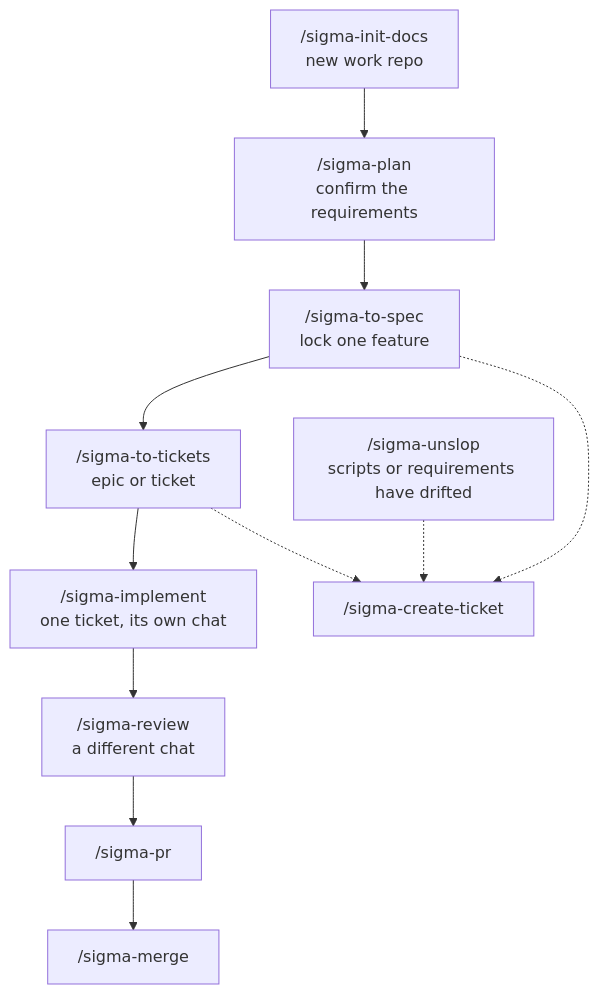
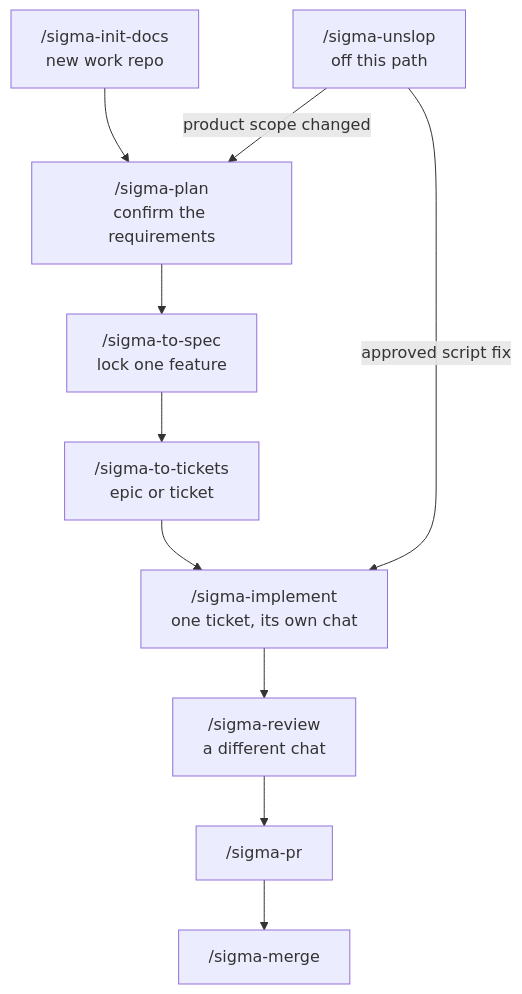
The diagram in README.md (sigma-michael/sigma-build-factory), drawn with Mermaid before and after one commit. The commit also changed other lines of this file, not shown here.

First line of the commit message:
Show create-ticket as a return to the command that called it.

````diff
--- a/README.md
+++ b/README.md
@@ -44,14 +42,13 @@
 ```mermaid
 flowchart TD
   init["/sigma-init-docs<br/>new work repo"] --> plan["/sigma-plan<br/>confirm the requirements"]
   plan --> spec["/sigma-to-spec<br/>lock one feature"]
   spec --> tickets["/sigma-to-tickets<br/>epic or ticket"]
   tickets --> impl["/sigma-implement<br/>one ticket, its own chat"]
   impl --> review["/sigma-review<br/>a different chat"]
   review --> pr["/sigma-pr"]
   pr --> merge["/sigma-merge"]
 
-  spec -.-> gate["/sigma-create-ticket"]
-  tickets -.-> gate
-  drift["/sigma-unslop<br/>scripts or requirements have drifted"] -.-> gate
+  drift["/sigma-unslop<br/>off this path"] -->|"approved script fix"| impl
+  drift -->|"product scope changed"| plan
 ```
````
